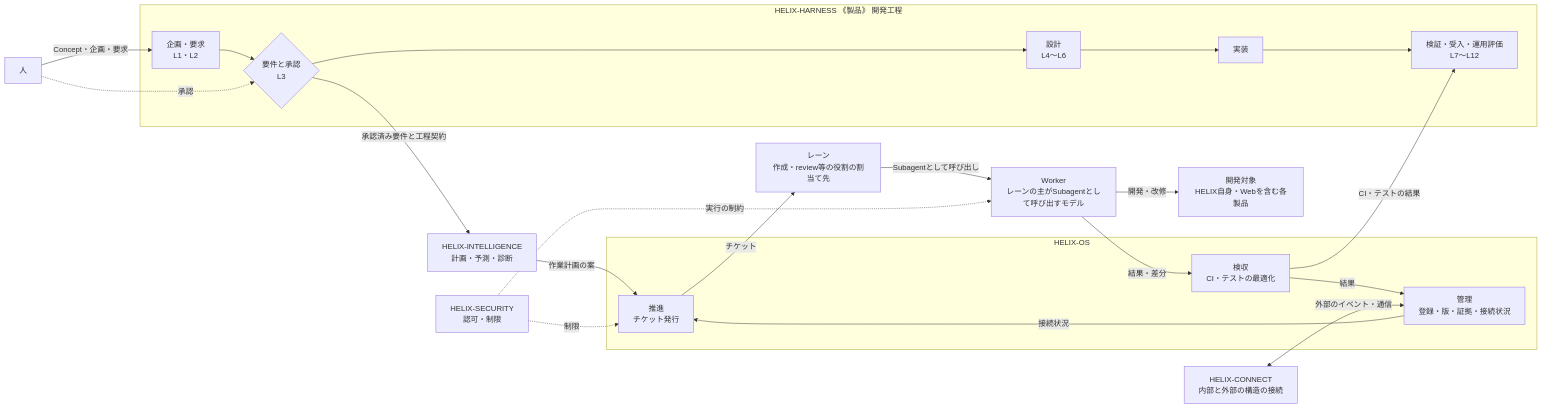
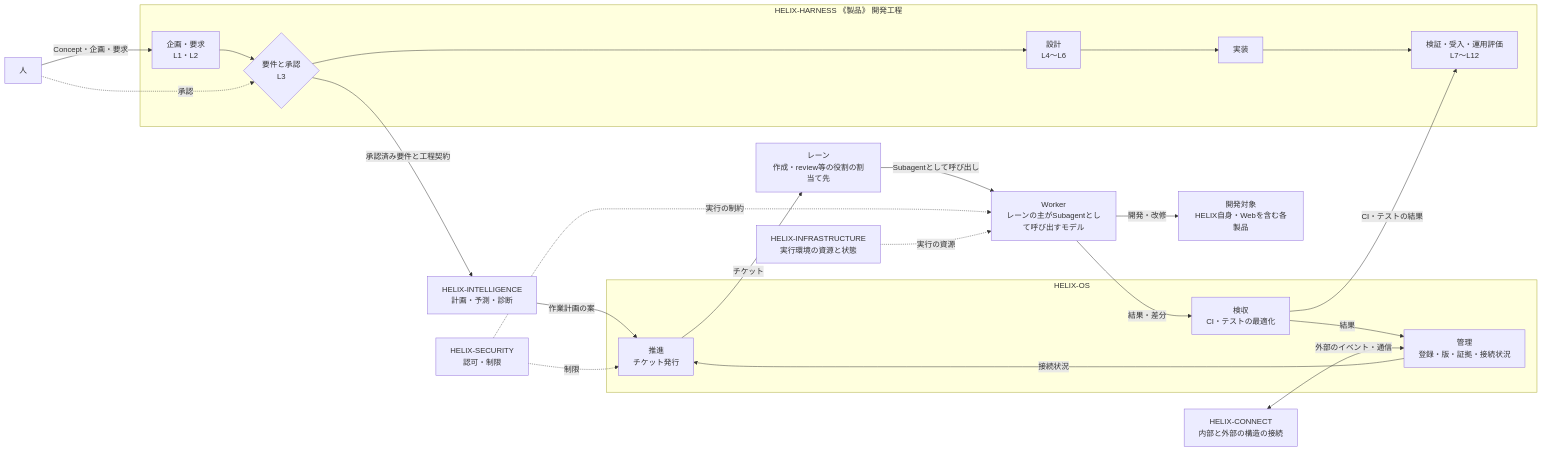
The second of 3 diagrams in docs/concept/helix-concept.md (RetryYN/HELIX-HARNESS), drawn with Mermaid before and after one commit. The commit also changed other lines of this file and 173 other files, not shown here.

Commit message:
docs: add HELIX-INFRASTRUCTURE to Concept as the ninth mechanism with 1.0 scope per PO

````diff
--- a/docs/concept/helix-concept.md
+++ b/docs/concept/helix-concept.md
@@ -121,40 +123,42 @@
 ```mermaid
 flowchart LR
     Human["人"]
 
     subgraph PROC["HELIX-HARNESS 《製品》 開発工程"]
         REQ["企画・要求<br/>L1・L2"]
         APP{"要件と承認<br/>L3"}
         DES["設計<br/>L4〜L6"]
         IMP["実装"]
         VER["検証・受入・運用評価<br/>L7〜L12"]
         REQ --> APP --> DES --> IMP --> VER
     end
 
     INTF["HELIX-INTELLIGENCE<br/>計画・予測・診断"]
     subgraph OSG["HELIX-OS"]
         MGMT["管理<br/>登録・版・証拠・接続状況"]
         PROM["推進<br/>チケット発行"]
         ACC["検収<br/>CI・テストの最適化"]
     end
     LANES["レーン<br/>作成・review等の役割の割当て先"]
     WORKER["Worker<br/>レーンの主がSubagentとして呼び出すモデル"]
     SEC["HELIX-SECURITY<br/>認可・制限"]
+    INFRA["HELIX-INFRASTRUCTURE<br/>実行環境の資源と状態"]
     CONNECT["HELIX-CONNECT<br/>内部と外部の構造の接続"]
     Targets["開発対象<br/>HELIX自身・Webを含む各製品"]
 
     Human -->|Concept・企画・要求| REQ
     Human -.->|承認| APP
     APP -->|承認済み要件と工程契約| INTF
     INTF -->|作業計画の案| PROM
     MGMT -->|接続状況| PROM
     PROM -->|チケット| LANES
     LANES -->|Subagentとして呼び出し| WORKER
     WORKER -->|開発・改修| Targets
     WORKER -->|結果・差分| ACC
     ACC -->|CI・テストの結果| VER
     ACC -->|結果| MGMT
     SEC -.->|制限| PROM
     SEC -.->|実行の制約| WORKER
+    INFRA -.->|実行の資源| WORKER
     CONNECT <-->|外部のイベント・通信| MGMT
 ```
````
